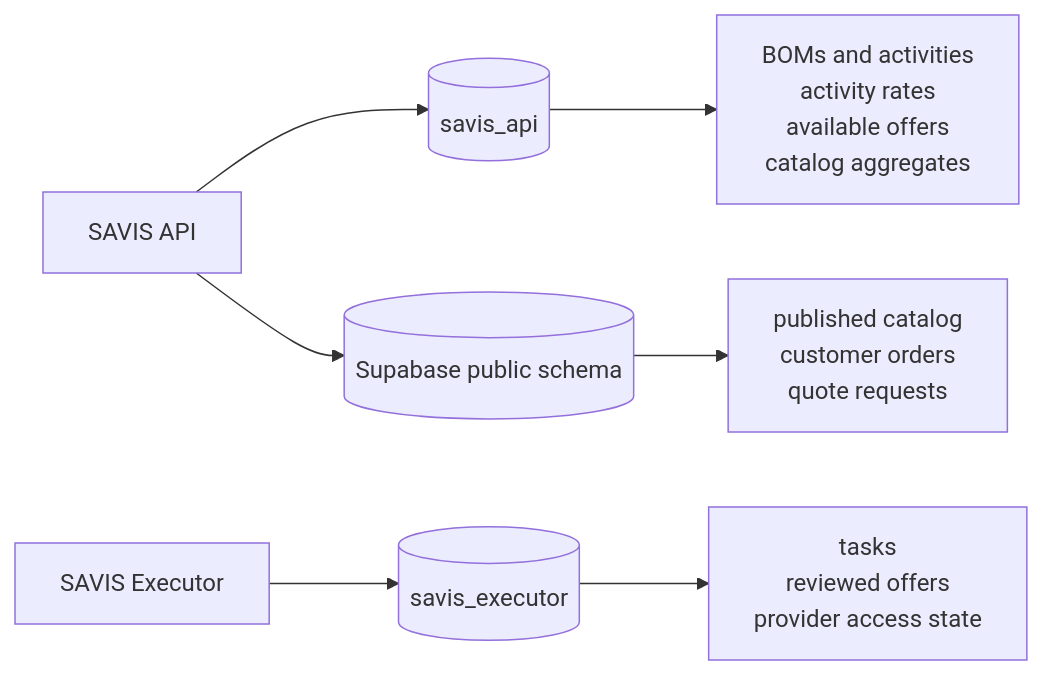
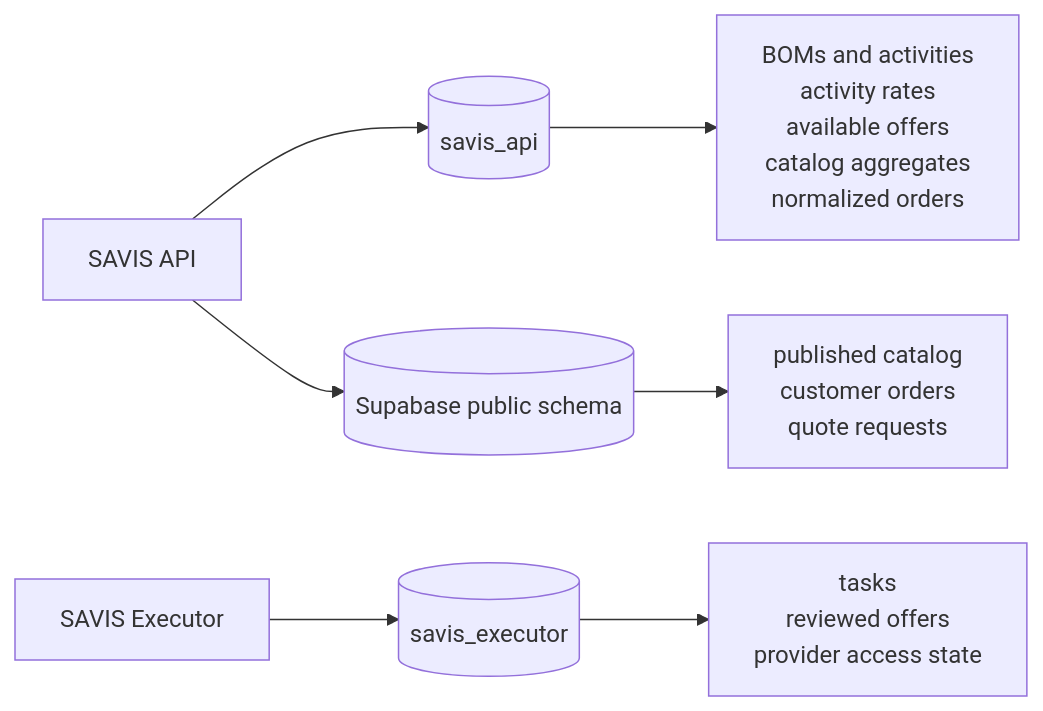
Diagram 18 of 19 in docs/ARCHITECTURE.md (wiljeanlouis/savis), drawn with Mermaid before and after one commit. The commit also changed other lines of this file and 84 other files, not shown here.

````diff
--- a/docs/ARCHITECTURE.md
+++ b/docs/ARCHITECTURE.md
@@ -827,10 +917,10 @@
 ```mermaid
 flowchart LR
   Api["SAVIS API"] --> ApiSchema[("savis_api")]
   Executor["SAVIS Executor"] --> ExecutorSchema[("savis_executor")]
   Api --> PublicSchema[("Supabase public schema")]
 
-  ApiSchema --> ApiData["BOMs and activities<br/>activity rates<br/>available offers<br/>catalog aggregates"]
+  ApiSchema --> ApiData["BOMs and activities<br/>activity rates<br/>available offers<br/>catalog aggregates<br/>normalized orders"]
   ExecutorSchema --> ExecutorData["tasks<br/>reviewed offers<br/>provider access state"]
   PublicSchema --> PublicData["published catalog<br/>customer orders<br/>quote requests"]
 ```
````
